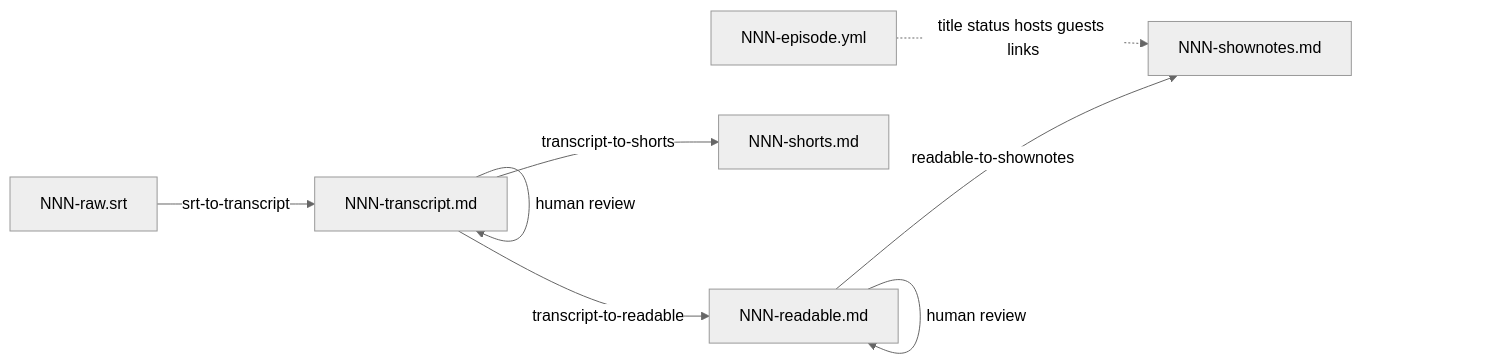
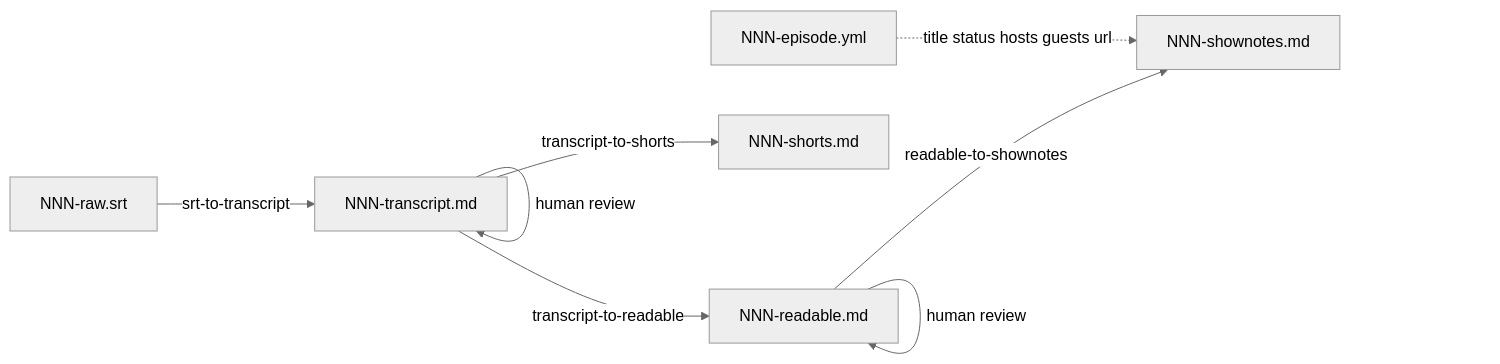
The diagram in README.md (s-tikhomirov/basicblockradio), drawn with Mermaid (neutral theme) before and after one commit. The commit also changed other lines of this file and 24 other files, not shown here.

````diff
--- a/README.md
+++ b/README.md
@@ -49,16 +49,16 @@
 ```mermaid
 flowchart LR
   SRT[NNN-raw.srt]
   T[NNN-transcript.md]
   R[NNN-readable.md]
   SN[NNN-shownotes.md]
   SH[NNN-shorts.md]
   Y[NNN-episode.yml]
   SRT -->|srt-to-transcript| T
   T -->|human review| T
   T -->|transcript-to-readable| R
   R -->|human review| R
   R -->|readable-to-shownotes| SN
   T -->|transcript-to-shorts| SH
-  Y -.->|title status hosts guests links| SN
+  Y -.->|title status hosts guests url| SN
 ```
````
